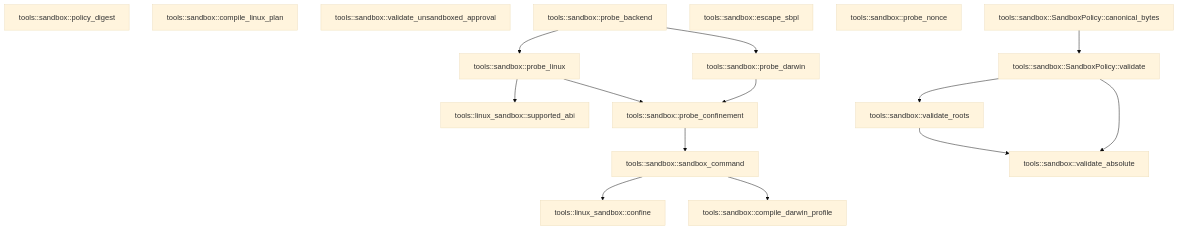
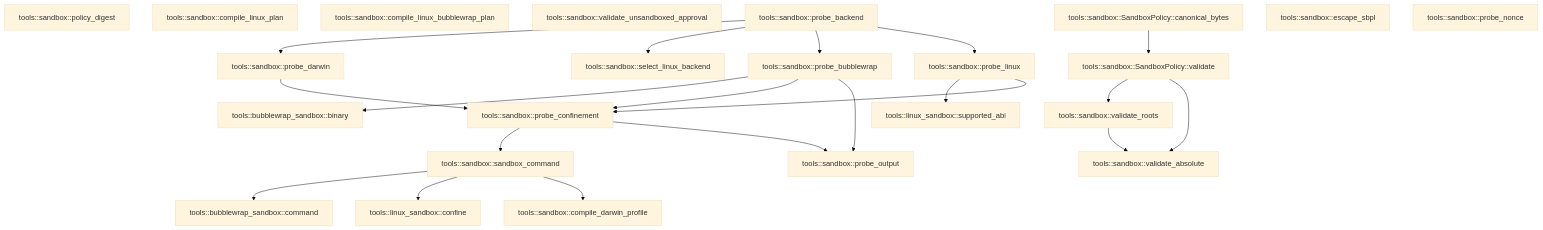
The diagram in crates/tools/docs/generated/src--sandbox.md (TekesApps/TekesKernel), drawn with Mermaid (base theme) before and after one commit. The commit also changed other lines of this file and 38 other files, not shown here.

Commit message:
feat(tools): add bubblewrap seccomp sandbox and isolated job lifecycle

````diff
--- a/crates/tools/docs/generated/src--sandbox.md
+++ b/crates/tools/docs/generated/src--sandbox.md
@@ -62,32 +73,45 @@
 ```mermaid
 flowchart TD
-  n0["tools::linux_sandbox::confine"]
-  n1["tools::linux_sandbox::supported_abi"]
-  n2["tools::sandbox::policy_digest"]
-  n3["tools::sandbox::compile_darwin_profile"]
-  n4["tools::sandbox::compile_linux_plan"]
-  n5["tools::sandbox::validate_unsandboxed_approval"]
-  n6["tools::sandbox::probe_backend"]
-  n7["tools::sandbox::sandbox_command"]
-  n8["tools::sandbox::probe_darwin"]
-  n9["tools::sandbox::probe_linux"]
-  n10["tools::sandbox::probe_confinement"]
-  n11["tools::sandbox::SandboxPolicy::validate"]
-  n12["tools::sandbox::validate_roots"]
-  n13["tools::sandbox::validate_absolute"]
-  n14["tools::sandbox::escape_sbpl"]
-  n15["tools::sandbox::probe_nonce"]
-  n16["tools::sandbox::SandboxPolicy::canonical_bytes"]
-  n6 --> n8
-  n6 --> n9
-  n7 --> n0
-  n7 --> n3
-  n8 --> n10
-  n9 --> n1
-  n9 --> n10
-  n10 --> n7
-  n11 --> n12
-  n11 --> n13
-  n12 --> n13
-  n16 --> n11
+  n0["tools::bubblewrap_sandbox::binary"]
+  n1["tools::bubblewrap_sandbox::command"]
+  n2["tools::linux_sandbox::confine"]
+  n3["tools::linux_sandbox::supported_abi"]
+  n4["tools::sandbox::policy_digest"]
+  n5["tools::sandbox::compile_darwin_profile"]
+  n6["tools::sandbox::compile_linux_plan"]
+  n7["tools::sandbox::compile_linux_bubblewrap_plan"]
+  n8["tools::sandbox::validate_unsandboxed_approval"]
+  n9["tools::sandbox::probe_backend"]
+  n10["tools::sandbox::sandbox_command"]
+  n11["tools::sandbox::probe_darwin"]
+  n12["tools::sandbox::select_linux_backend"]
+  n13["tools::sandbox::SandboxPolicy::validate"]
+  n14["tools::sandbox::probe_bubblewrap"]
+  n15["tools::sandbox::probe_linux"]
+  n16["tools::sandbox::probe_confinement"]
+  n17["tools::sandbox::probe_output"]
+  n18["tools::sandbox::validate_roots"]
+  n19["tools::sandbox::validate_absolute"]
+  n20["tools::sandbox::SandboxPolicy::canonical_bytes"]
+  n21["tools::sandbox::escape_sbpl"]
+  n22["tools::sandbox::probe_nonce"]
+  n9 --> n11
+  n9 --> n12
+  n9 --> n14
+  n9 --> n15
+  n10 --> n1
+  n10 --> n2
+  n10 --> n5
+  n11 --> n16
+  n13 --> n18
+  n13 --> n19
+  n14 --> n0
+  n14 --> n16
+  n14 --> n17
+  n15 --> n3
+  n15 --> n16
+  n16 --> n10
+  n16 --> n17
+  n18 --> n19
+  n20 --> n13
 ```
````
